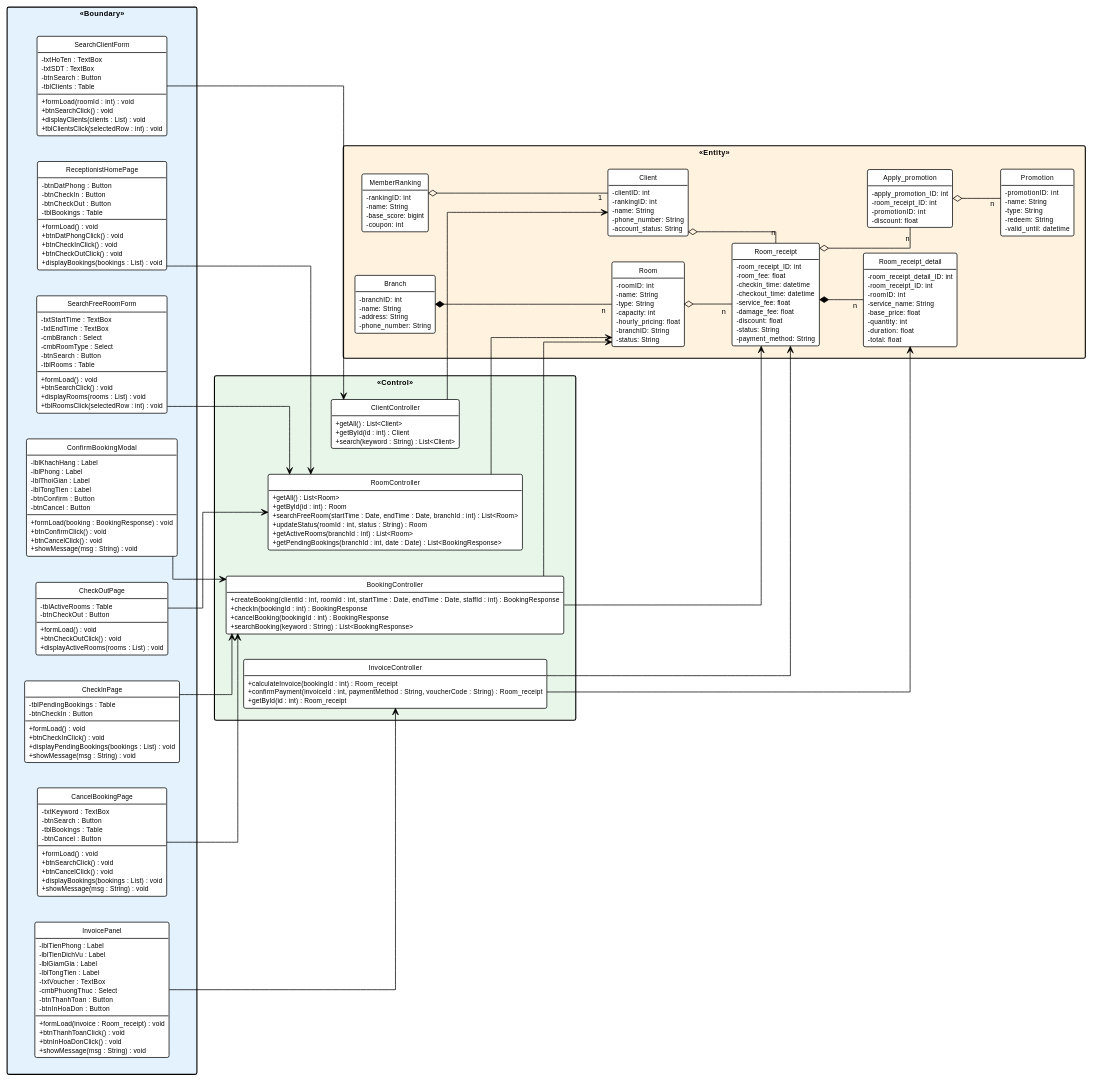
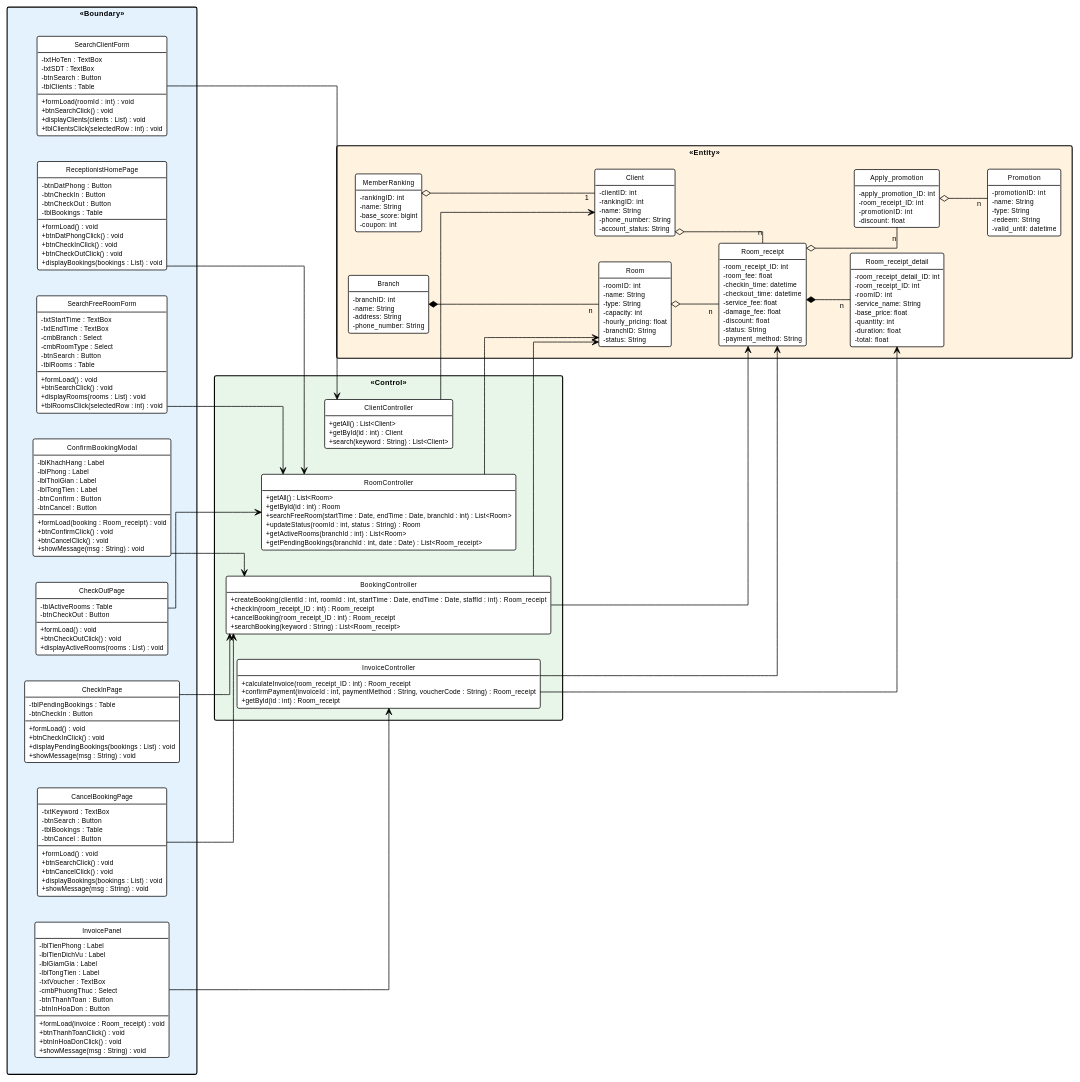
The diagram in docs/tabs/section-booking-iii.3.2.md (thanhtrnnn/cnpm), drawn with PlantUML before and after one commit. The commit also changed other lines of this file and 2 other files, not shown here.

First line of the commit message:
fix: bookingId to room_receipt_ID, BookingResponse to Room_receipt

```diff
--- a/docs/tabs/section-booking-iii.3.2.md
+++ b/docs/tabs/section-booking-iii.3.2.md
@@ -248,7 +248,7 @@
       -lblTongTien : Label
       -btnConfirm : Button
       -btnCancel : Button
-      +formLoad(booking : BookingResponse) : void
+      +formLoad(booking : Room_receipt) : void
       +btnConfirmClick() : void
       +btnCancelClick() : void
       +showMessage(msg : String) : void
@@ -305,7 +305,7 @@
     +searchFreeRoom(startTime : Date, endTime : Date, branchId : int) : List<Room>
     +updateStatus(roomId : int, status : String) : Room
     +getActiveRooms(branchId : int) : List<Room>
-    +getPendingBookings(branchId : int, date : Date) : List<BookingResponse>
+    +getPendingBookings(branchId : int, date : Date) : List<Room_receipt>
   }
   class ClientController {
     +getAll() : List<Client>
@@ -313,13 +313,13 @@
     +search(keyword : String) : List<Client>
   }
   class BookingController {
-    +createBooking(clientId : int, roomId : int, startTime : Date, endTime : Date, staffId : int) : BookingResponse
-    +checkIn(bookingId : int) : BookingResponse
-    +cancelBooking(bookingId : int) : BookingResponse
-    +searchBooking(keyword : String) : List<BookingResponse>
+    +createBooking(clientId : int, roomId : int, startTime : Date, endTime : Date, staffId : int) : Room_receipt
+    +checkIn(room_receipt_ID : int) : Room_receipt
+    +cancelBooking(room_receipt_ID : int) : Room_receipt
+    +searchBooking(keyword : String) : List<Room_receipt>
   }
   class InvoiceController {
-    +calculateInvoice(bookingId : int) : Room_receipt
+    +calculateInvoice(room_receipt_ID : int) : Room_receipt
     +confirmPayment(invoiceId : int, paymentMethod : String, voucherCode : String) : Room_receipt
     +getById(id : int) : Room_receipt
   }
```
